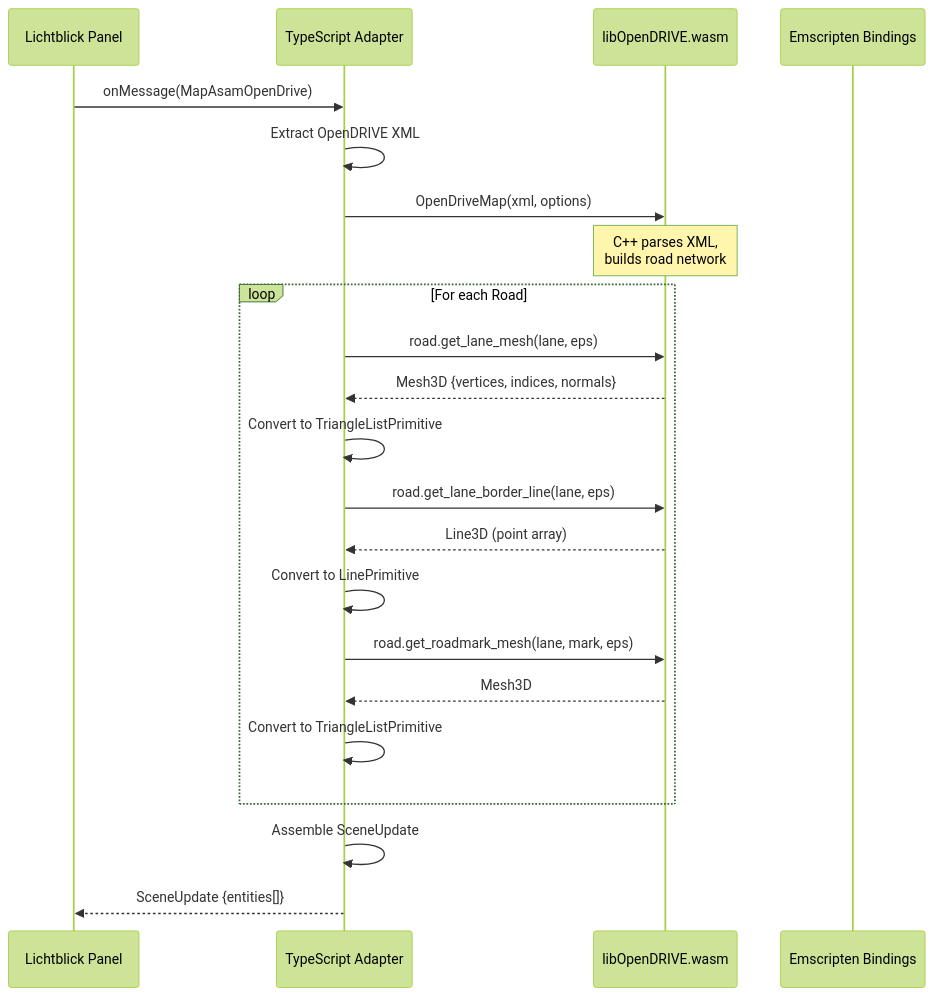
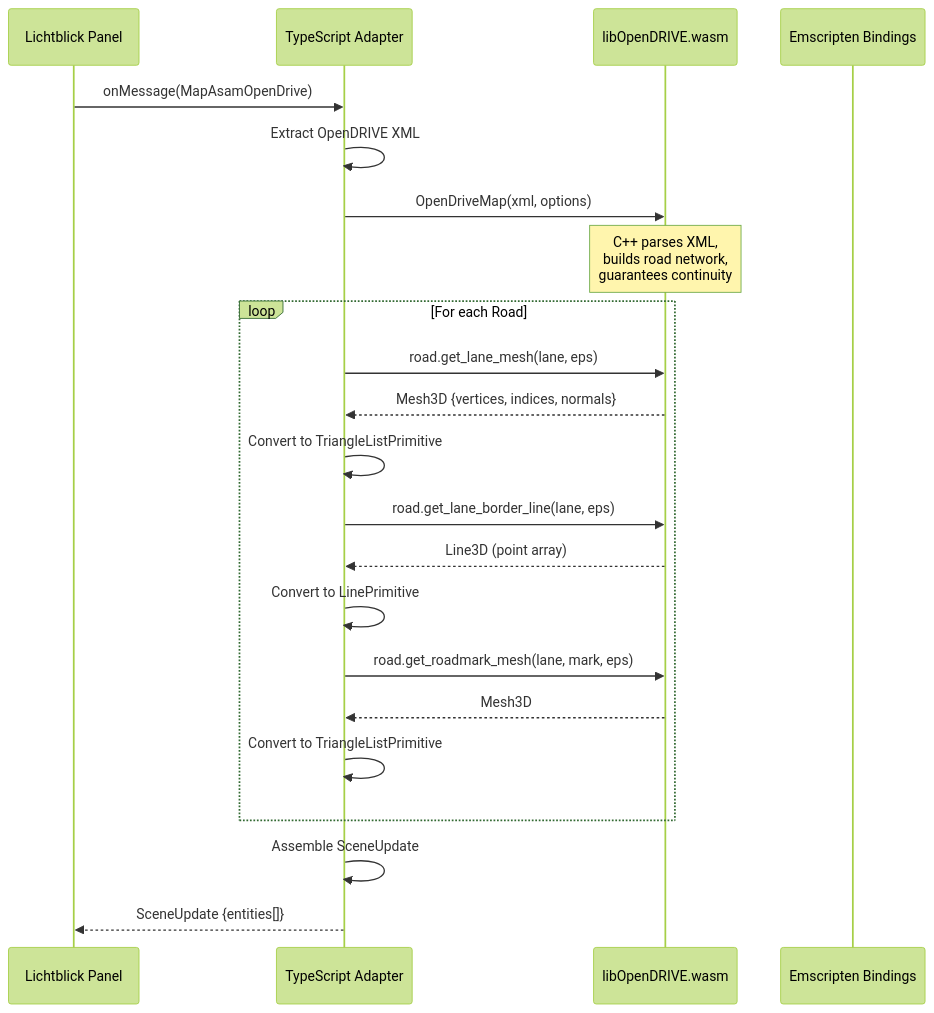
One commit to lichtblick-suite/asam-opendrive-converter changed the second of 3 diagrams in docs/architecture/overview.md. Above: the diagram before and after it, drawn with Mermaid (forest theme). The commit also changed other lines of this file and 11 other files, not shown here.

````diff
--- a/docs/architecture/overview.md
+++ b/docs/architecture/overview.md
@@ -94,29 +54,29 @@
 ```mermaid
 sequenceDiagram
     participant LB as Lichtblick Panel
     participant TS as TypeScript Adapter
     participant WASM as libOpenDRIVE.wasm
     participant EM as Emscripten Bindings
 
     LB->>TS: onMessage(MapAsamOpenDrive)
     TS->>TS: Extract OpenDRIVE XML
     TS->>WASM: OpenDriveMap(xml, options)
-    Note over WASM: C++ parses XML,<br/>builds road network
+    Note over WASM: C++ parses XML,<br/>builds road network,<br/>guarantees continuity
 
     loop For each Road
         TS->>WASM: road.get_lane_mesh(lane, eps)
         WASM-->>TS: Mesh3D {vertices, indices, normals}
         TS->>TS: Convert to TriangleListPrimitive
 
         TS->>WASM: road.get_lane_border_line(lane, eps)
         WASM-->>TS: Line3D (point array)
         TS->>TS: Convert to LinePrimitive
 
         TS->>WASM: road.get_roadmark_mesh(lane, mark, eps)
         WASM-->>TS: Mesh3D
         TS->>TS: Convert to TriangleListPrimitive
     end
 
     TS->>TS: Assemble SceneUpdate
     TS-->>LB: SceneUpdate {entities[]}
 ```
````
